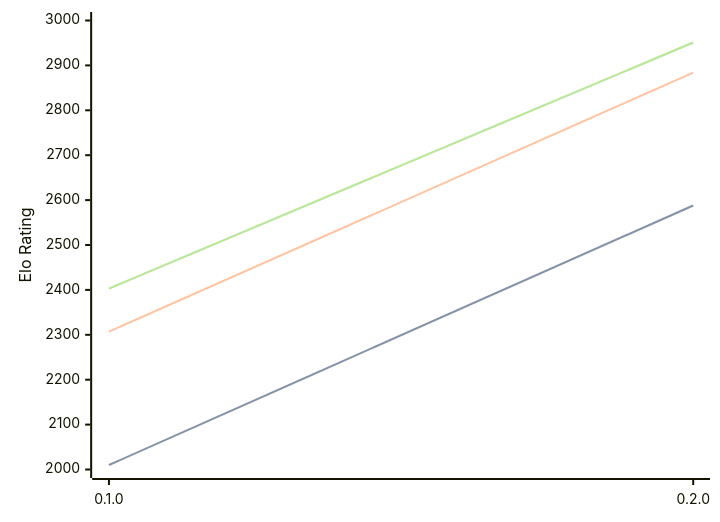
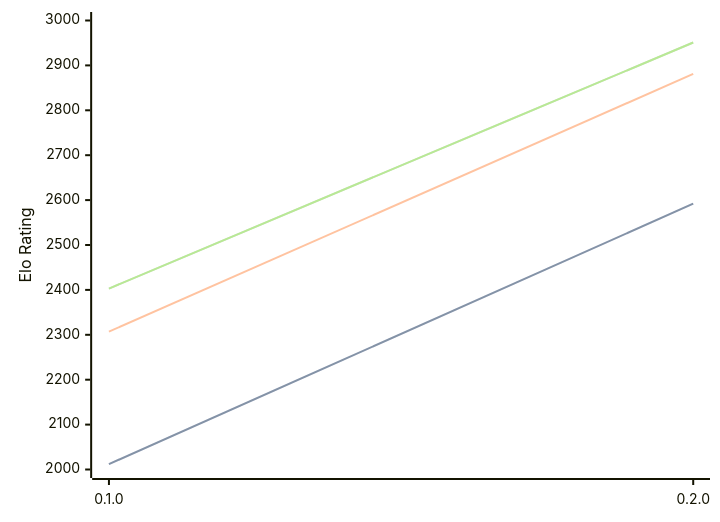
Before and after one commit to computer-chess-index/cci: the first of 3 diagrams in engines/Justbot.md, drawn with Mermaid. The commit also changed other lines of this file, not shown here.

````diff
--- a/engines/Justbot.md
+++ b/engines/Justbot.md
@@ -32,11 +32,11 @@
 ```mermaid
 %%{init: {"theme":"base","themeVariables":{"seriesColors:['#a3a3a3','#222221','#faa371']}}}%%
 xychart-beta
   x-axis ["0.1.0", "0.2.0"]
   y-axis "Elo Rating" 2000 --> 3000
-  line "STC (8.0+0.08s)" [2010, 2588]
-  line "STC (8.0+0.08s)" [2010, 2588]
-  line "LTC (60.0+0.60s)" [2307, 2884]
+  line "STC (8.0+0.08s)" [2012, 2592]
+  line "STC (8.0+0.08s)" [2012, 2592]
+  line "LTC (60.0+0.60s)" [2307, 2881]
   line "VLTC (2m24s+1.12s)" [2403, 2951]
   line "VLTC (2m24s+1.12s)" [2403, 2951]
 ```
````
